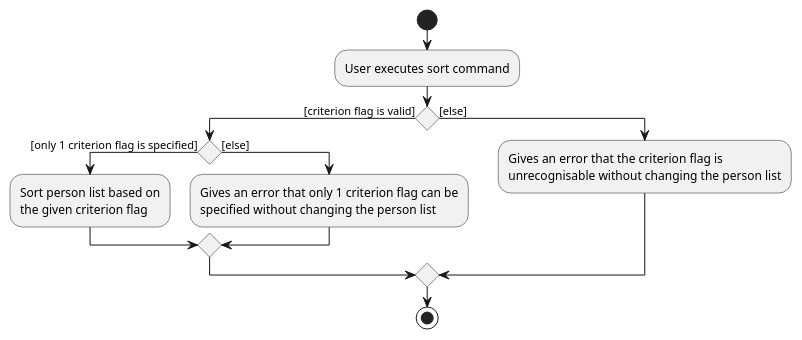
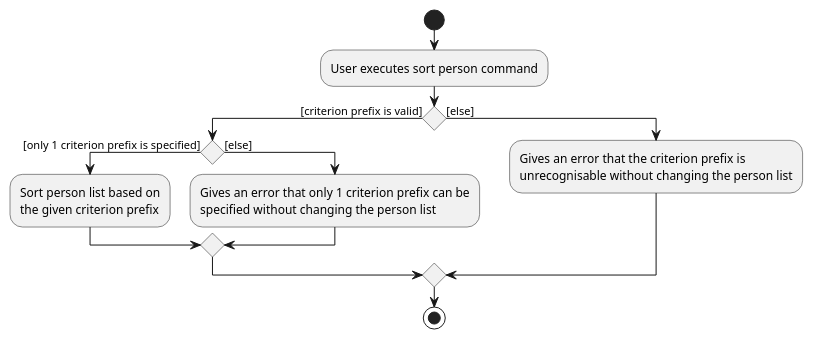
The diagram in docs/diagrams/SortPersonActivity.puml (nus-cs2103-AY2223S1/tp), drawn with PlantUML before and after one commit.

Commit message:
Fix UML diagrams showing flag instead of prefix

```diff
--- a/docs/diagrams/SortPersonActivity.puml
+++ b/docs/diagrams/SortPersonActivity.puml
@@ -1,21 +1,21 @@
 @startuml
 start
-:User executes sort command;
+:User executes sort person command;
 
 'Since the beta syntax does not support placing the condition outside the
 'diamond we place it as the true branch instead.
 
-if () then ([criterion flag is valid])
-    if() then ([only 1 criterion flag is specified])
+if () then ([criterion prefix is valid])
+    if() then ([only 1 criterion prefix is specified])
     :Sort person list based on
-    the given criterion flag;
+    the given criterion prefix;
     else ([else])
-    :Gives an error that only 1 criterion flag can be
+    :Gives an error that only 1 criterion prefix can be
     specified without changing the person list;
     endif
 else ([else])
-    :Gives an error that the criterion flag is
+    :Gives an error that the criterion prefix is
     unrecognisable without changing the person list;
 endif
 stop
 @enduml
```
